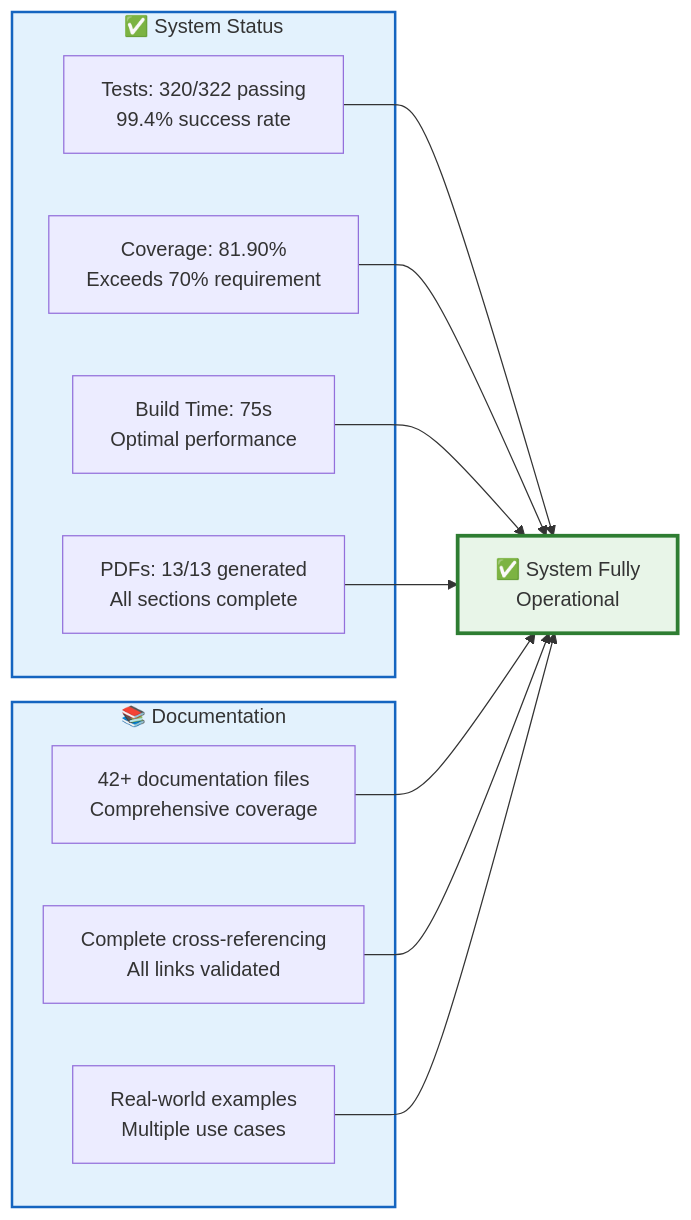
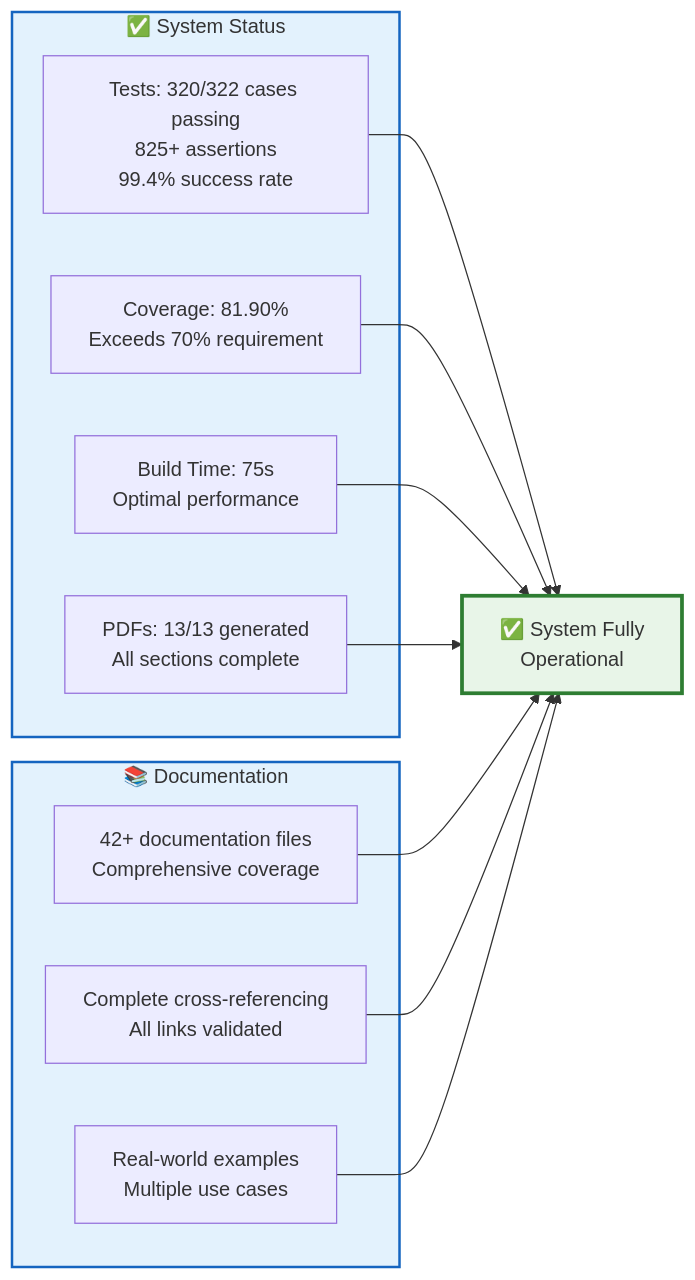
Before and after one commit to docxology/template: the second of 6 diagrams in README.md, drawn with Mermaid. The commit also changed other lines of this file and 12 other files, not shown here.

````diff
--- a/README.md
+++ b/README.md
@@ -186,29 +186,29 @@
 ```mermaid
 graph LR
     subgraph Status["✅ System Status"]
-        TESTS[Tests: 320/322 passing<br/>99.4% success rate]
+        TESTS[Tests: 320/322 cases passing<br/>825+ assertions<br/>99.4% success rate]
         COV[Coverage: 81.90%<br/>Exceeds 70% requirement]
         BUILD[Build Time: 75s<br/>Optimal performance]
         PDFS[PDFs: 13/13 generated<br/>All sections complete]
     end
     
     subgraph Documentation["📚 Documentation"]
         DOCS[42+ documentation files<br/>Comprehensive coverage]
         CROSS[Complete cross-referencing<br/>All links validated]
         EXAMPLES[Real-world examples<br/>Multiple use cases]
     end
     
     TESTS --> VERIFIED[✅ System Fully<br/>Operational]
     COV --> VERIFIED
     BUILD --> VERIFIED
     PDFS --> VERIFIED
     DOCS --> VERIFIED
     CROSS --> VERIFIED
     EXAMPLES --> VERIFIED
     
     classDef success fill:#e8f5e8,stroke:#2e7d32,stroke-width:3px
     classDef metrics fill:#e3f2fd,stroke:#1565c0,stroke-width:2px
     
     class VERIFIED success
     class Status,Documentation metrics
 ```
````
